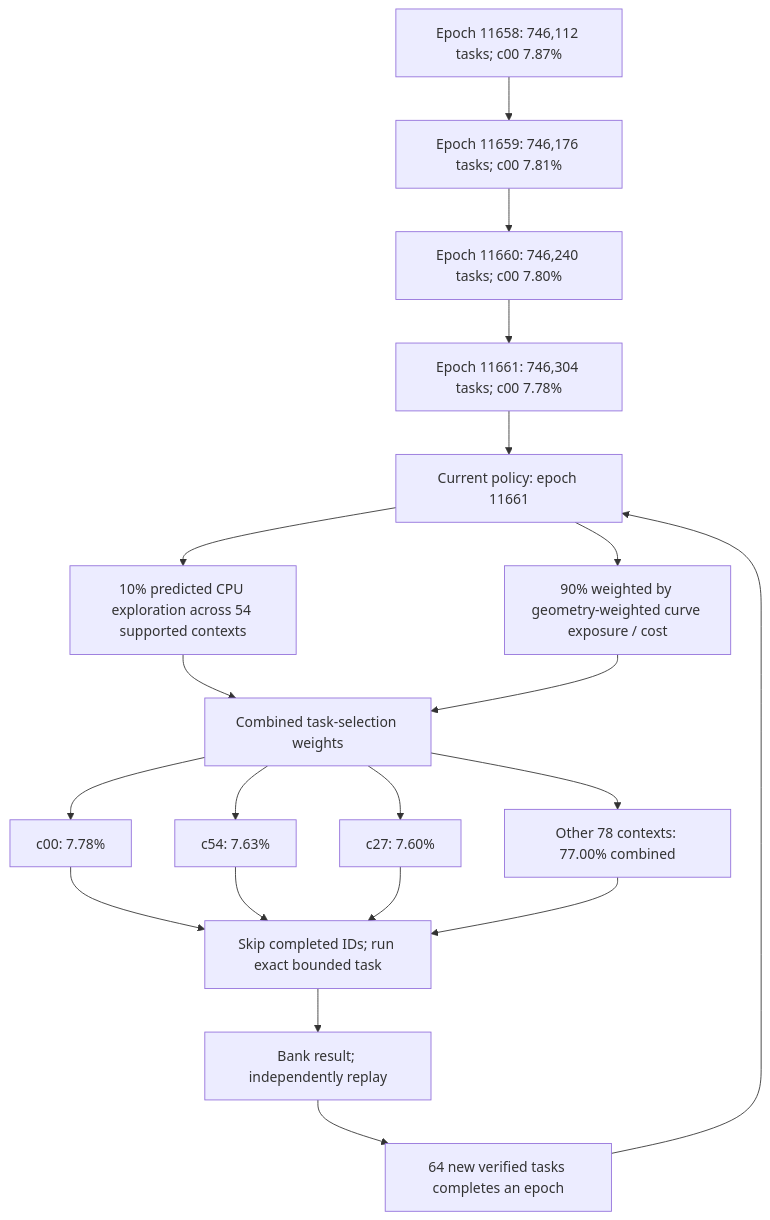
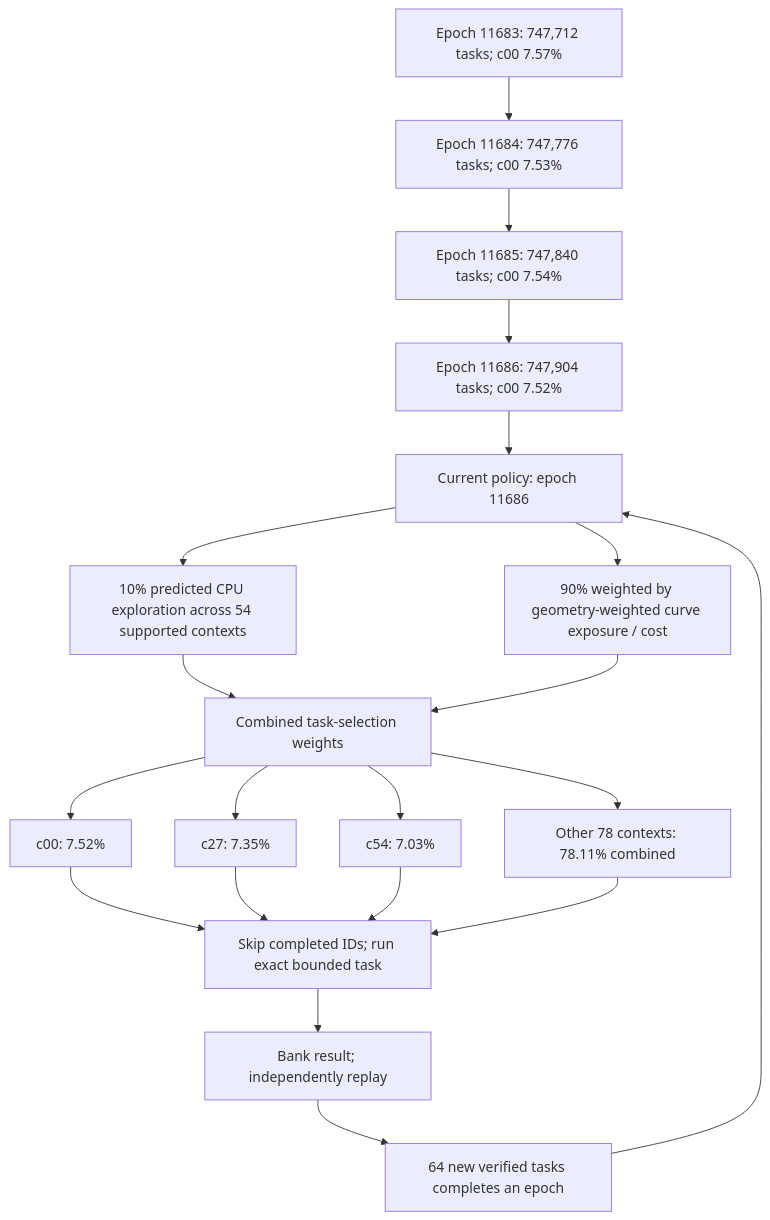
Before and after one commit to Kuberwastaken/math-gambling: the first of 4 diagrams in README.md, drawn with Mermaid. The commit also changed other lines of this file and 5013 other files, not shown here.

````diff
--- a/README.md
+++ b/README.md
@@ -60,27 +60,27 @@
 ```mermaid
 flowchart TD
-    H0["Epoch 11658: 746,112 tasks; c00 7.87%"]
-    H1["Epoch 11659: 746,176 tasks; c00 7.81%"]
+    H0["Epoch 11683: 747,712 tasks; c00 7.57%"]
+    H1["Epoch 11684: 747,776 tasks; c00 7.53%"]
     H0 --> H1
-    H2["Epoch 11660: 746,240 tasks; c00 7.80%"]
+    H2["Epoch 11685: 747,840 tasks; c00 7.54%"]
     H1 --> H2
-    H3["Epoch 11661: 746,304 tasks; c00 7.78%"]
+    H3["Epoch 11686: 747,904 tasks; c00 7.52%"]
     H2 --> H3
-    Policy["Current policy: epoch 11661"]
+    Policy["Current policy: epoch 11686"]
     H3 --> Policy
     Policy --> Explore["10% predicted CPU exploration across 54 supported contexts"]
     Policy --> Cost["90% weighted by geometry-weighted curve exposure / cost"]
     Explore --> Mix["Combined task-selection weights"]
     Cost --> Mix
-    Mix --> C0["c00: 7.78%"]
-    Mix --> C1["c54: 7.63%"]
-    Mix --> C2["c27: 7.60%"]
-    Mix --> Rest["Other 78 contexts: 77.00% combined"]
+    Mix --> C0["c00: 7.52%"]
+    Mix --> C1["c27: 7.35%"]
+    Mix --> C2["c54: 7.03%"]
+    Mix --> Rest["Other 78 contexts: 78.11% combined"]
     C0 --> Check["Skip completed IDs; run exact bounded task"]
     C1 --> Check
     C2 --> Check
     Rest --> Check
     Check --> Replay["Bank result; independently replay"]
     Replay --> Gate["64 new verified tasks completes an epoch"]
     Gate --> Policy
 ```
````
